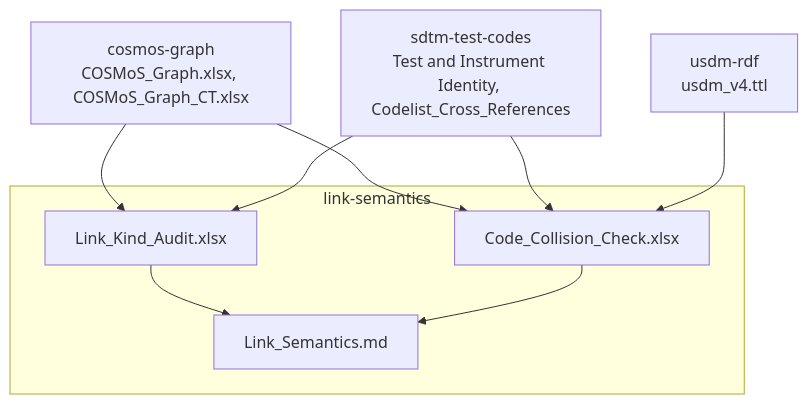
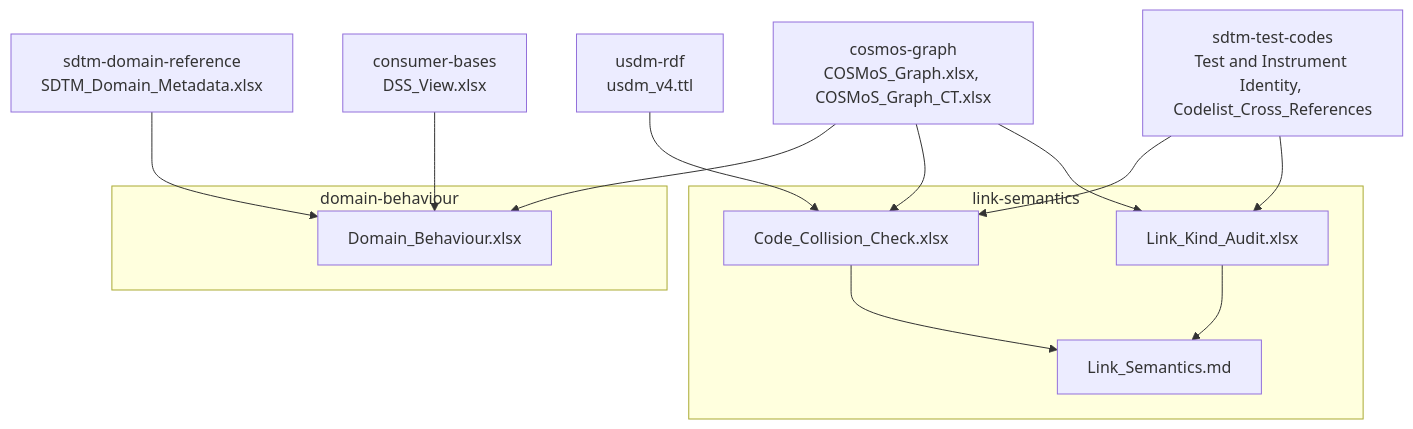
Before and after one commit to kerfors/cdisc-for-ai: the second of 2 diagrams in docs/Data_Flow.md, drawn with Mermaid. The commit also changed other lines of this file and 34 other files, not shown here.

First line of the commit message:
Add domain-behaviour analysis track; exclusion claims in domain reference; archive dead ends

````diff
--- a/docs/Data_Flow.md
+++ b/docs/Data_Flow.md
@@ -64,21 +64,32 @@
 ```mermaid
 graph TD
     CGX["cosmos-graph<br/>COSMoS_Graph.xlsx, COSMoS_Graph_CT.xlsx"]
     STC["sdtm-test-codes<br/>Test and Instrument Identity, Codelist_Cross_References"]
     USDM["usdm-rdf<br/>usdm_v4.ttl"]
 
     subgraph link-semantics
         LKA["Link_Kind_Audit.xlsx"]
         CCC["Code_Collision_Check.xlsx"]
         LS["Link_Semantics.md"]
     end
 
     CGX --> LKA
     STC --> LKA
     CGX --> CCC
     STC --> CCC
     USDM --> CCC
 
     LKA --> LS
     CCC --> LS
+
+    DV["consumer-bases<br/>DSS_View.xlsx"]
+    DM["sdtm-domain-reference<br/>SDTM_Domain_Metadata.xlsx"]
+
+    subgraph domain-behaviour
+        DB["Domain_Behaviour.xlsx"]
+    end
+
+    CGX --> DB
+    DV --> DB
+    DM --> DB
 ```
````
